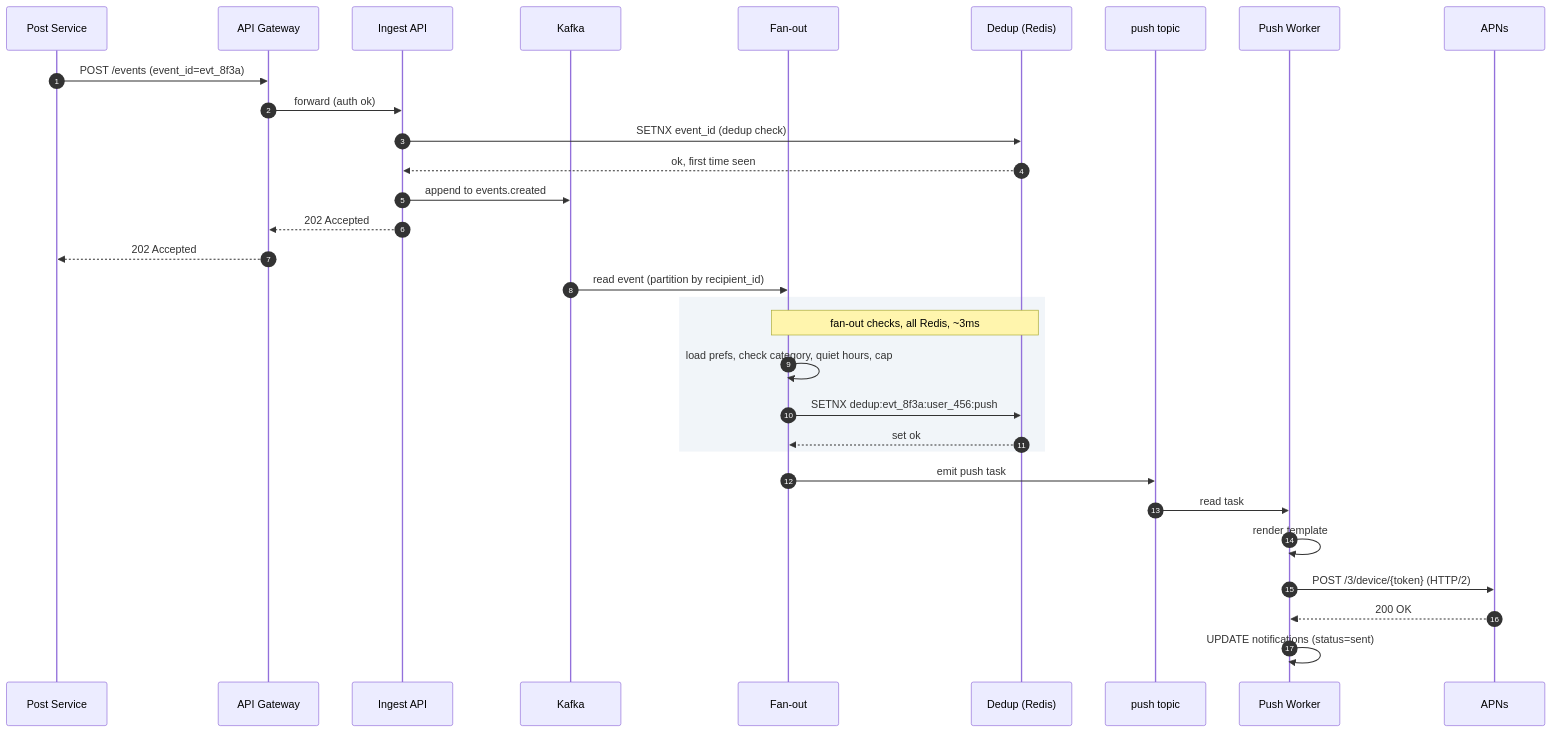
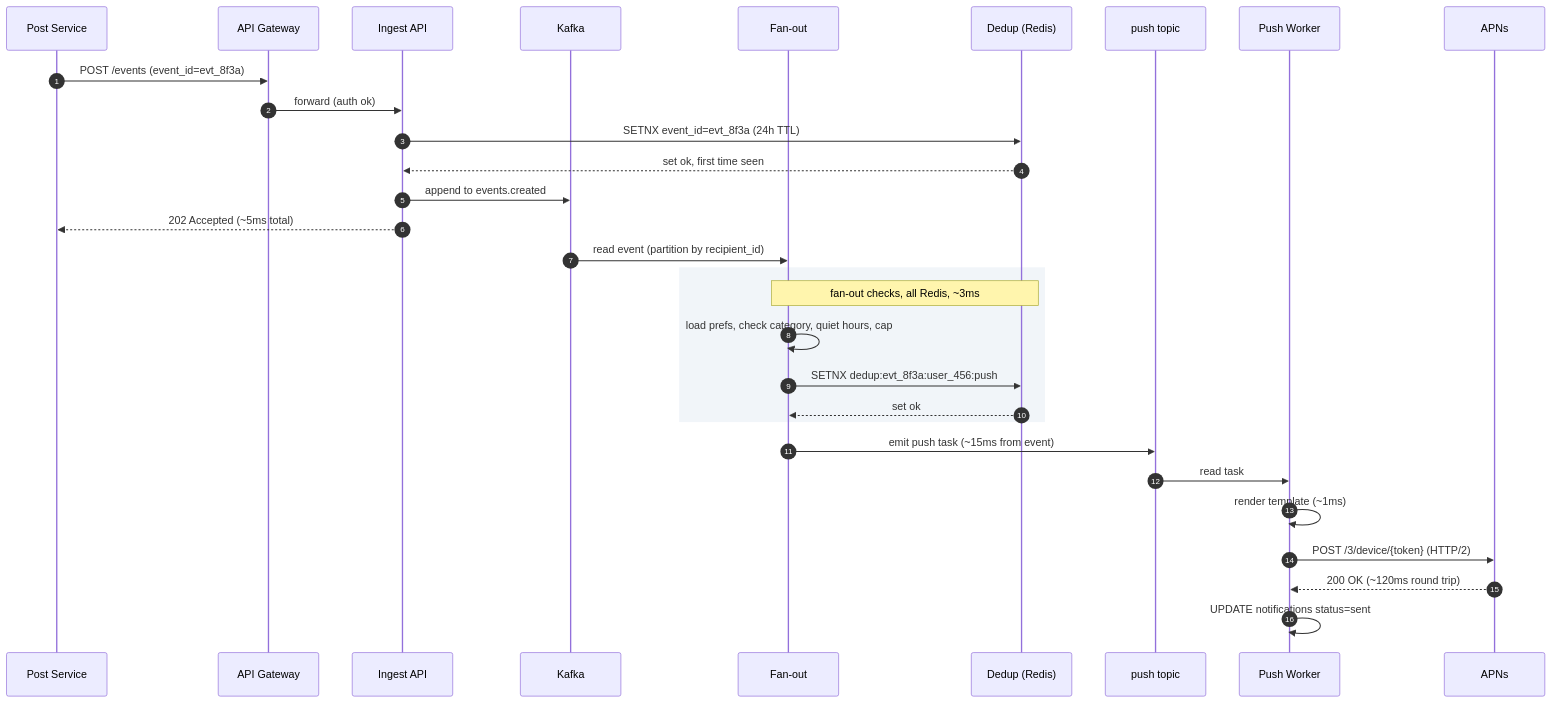
Before and after one commit to shiningflash/system-design: the third of 4 diagrams in problems/010-notification-system/solution.md, drawn with Mermaid. The commit also changed other lines of this file and 37 other files, not shown here.

````diff
--- a/problems/010-notification-system/solution.md
+++ b/problems/010-notification-system/solution.md
@@ -393,37 +369,36 @@
 ```mermaid
 sequenceDiagram
     autonumber
     participant P as Post Service
     participant GW as API Gateway
     participant I as Ingest API
     participant K as Kafka
     participant F as Fan-out
     participant DD as Dedup (Redis)
     participant KP as push topic
     participant W as Push Worker
     participant A as APNs
 
     P->>GW: POST /events (event_id=evt_8f3a)
     GW->>I: forward (auth ok)
-    I->>DD: SETNX event_id (dedup check)
-    DD-->>I: ok, first time seen
+    I->>DD: SETNX event_id=evt_8f3a (24h TTL)
+    DD-->>I: set ok, first time seen
     I->>K: append to events.created
-    I-->>GW: 202 Accepted
-    GW-->>P: 202 Accepted
+    I-->>P: 202 Accepted (~5ms total)
 
     K->>F: read event (partition by recipient_id)
 
     rect rgb(241, 245, 249)
         Note over F,DD: fan-out checks, all Redis, ~3ms
         F->>F: load prefs, check category, quiet hours, cap
         F->>DD: SETNX dedup:evt_8f3a:user_456:push
         DD-->>F: set ok
     end
 
-    F->>KP: emit push task
+    F->>KP: emit push task (~15ms from event)
     KP->>W: read task
-    W->>W: render template
+    W->>W: render template (~1ms)
     W->>A: POST /3/device/{token} (HTTP/2)
-    A-->>W: 200 OK
-    W->>W: UPDATE notifications (status=sent)
+    A-->>W: 200 OK (~120ms round trip)
+    W->>W: UPDATE notifications status=sent
 ```
````
